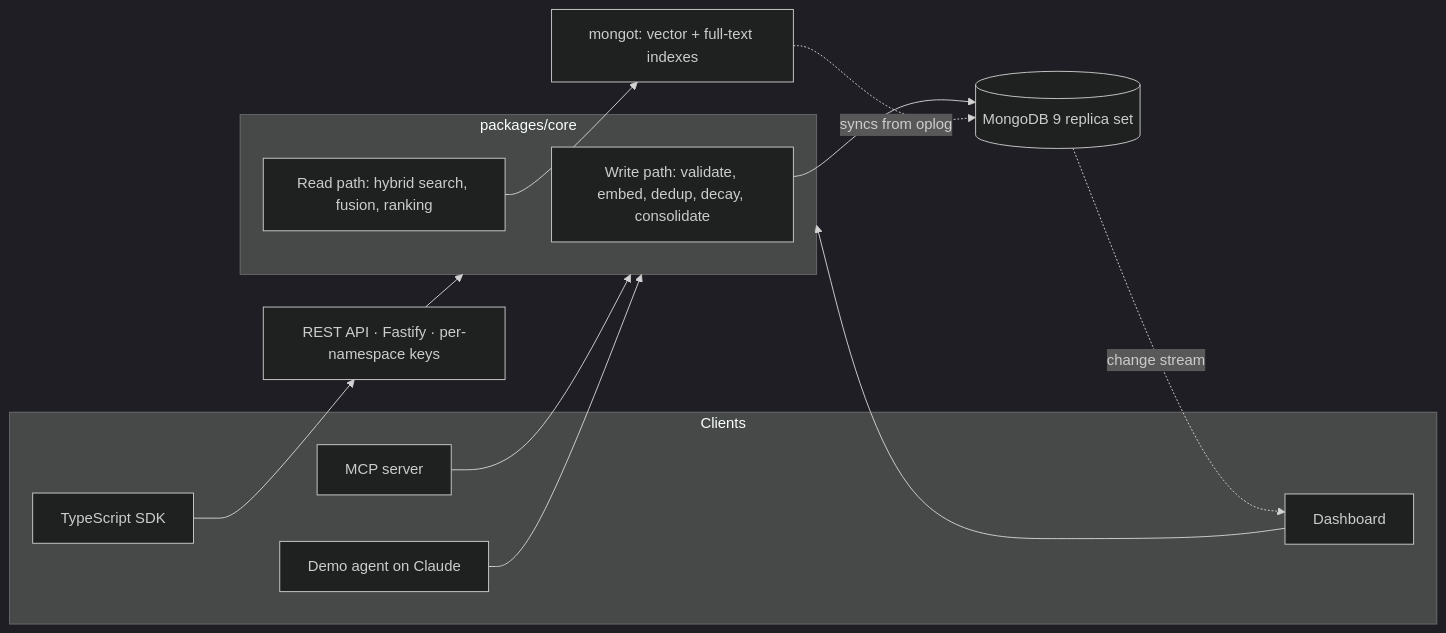
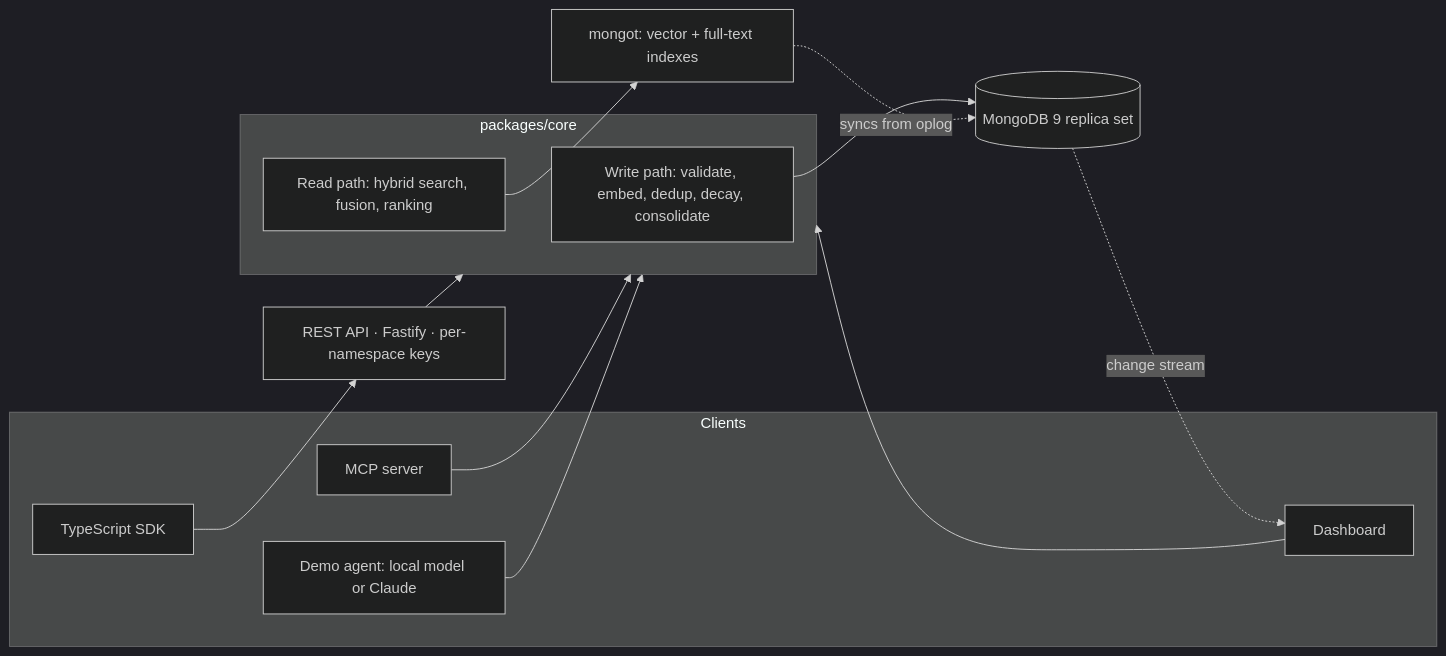
Before and after one commit to tasnint/engram: the diagram in README.md, drawn with Mermaid (dark theme). The commit also changed other lines of this file, not shown here.

Commit message:
README: match the free local demo, test counts and dashboard link

````diff
--- a/README.md
+++ b/README.md
@@ -42,22 +42,22 @@
 ```mermaid
 flowchart LR
   subgraph Clients
     SDK[TypeScript SDK]
     MCP[MCP server]
-    Demo[Demo agent on Claude]
+    Demo[Demo agent: local model or Claude]
     Dash[Dashboard]
   end
   SDK --> API[REST API · Fastify · per-namespace keys]
   API --> Core
   MCP --> Core
   Demo --> Core
   Dash --> Core
   subgraph Core[packages/core]
     Write[Write path: validate, embed, dedup, decay, consolidate]
     Read[Read path: hybrid search, fusion, ranking]
   end
   Write --> Mongo[(MongoDB 9 replica set)]
   Read --> Search[mongot: vector + full-text indexes]
   Search -. syncs from oplog .-> Mongo
   Mongo -. change stream .-> Dash
 ```
````
